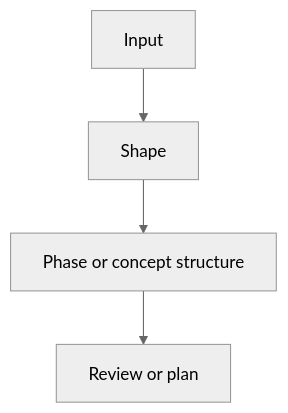
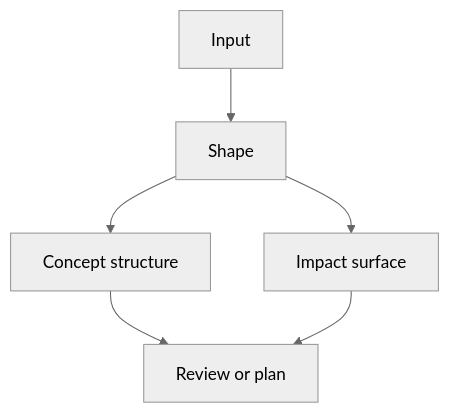
The diagram in .workflow/templates/shape.md (FlutteryEmbers/workflow), drawn with Mermaid (neutral theme) before and after one commit. The commit also changed other lines of this file and 16 other files, not shown here.

````diff
--- a/.workflow/templates/shape.md
+++ b/.workflow/templates/shape.md
@@ -61,6 +76,8 @@
 ```mermaid
 flowchart TD
     input_node["Input"] --> shape_node["Shape"]
-    shape_node --> phase_node["Phase or concept structure"]
-    phase_node --> next_node["Review or plan"]
+    shape_node --> concept_node["Concept structure"]
+    shape_node --> impact_node["Impact surface"]
+    concept_node --> next_node["Review or plan"]
+    impact_node --> next_node
 ```
````
